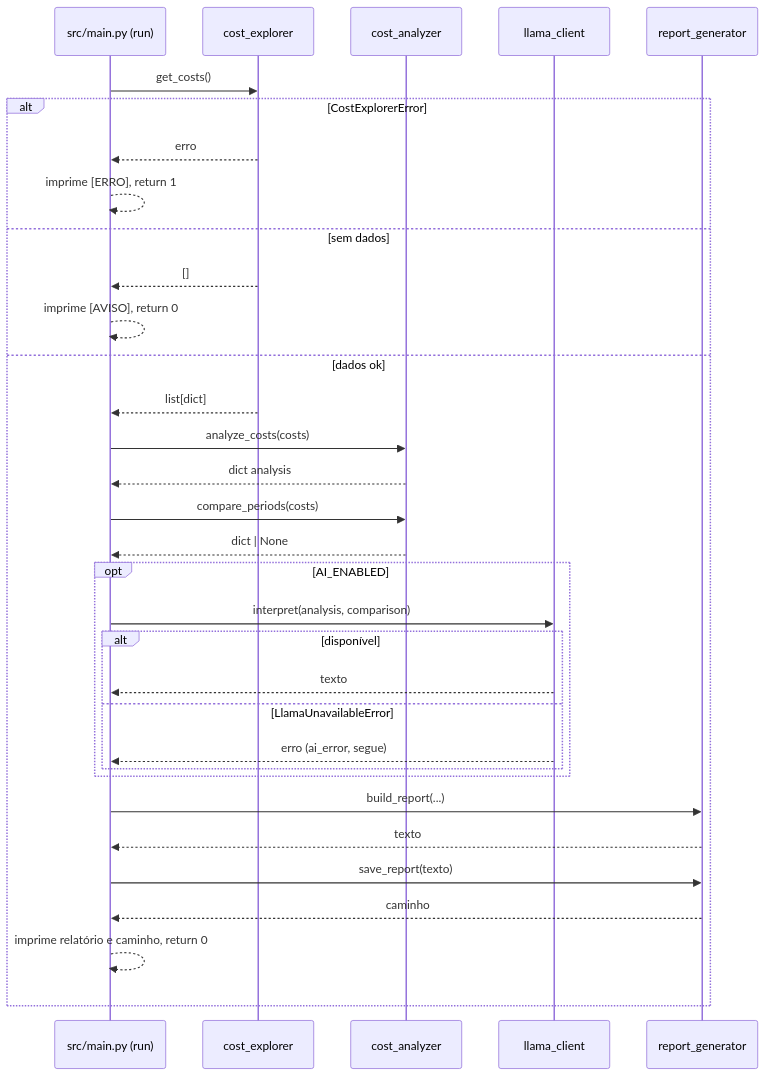
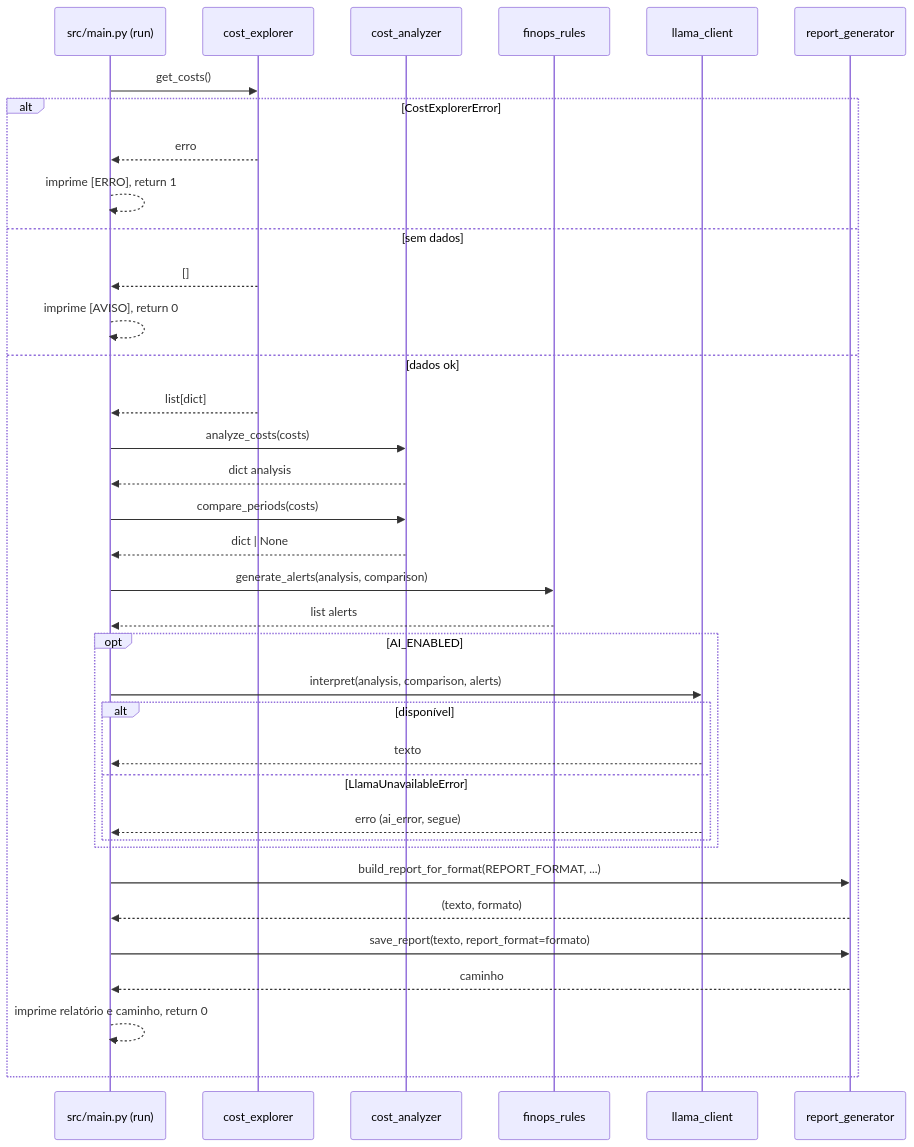
The diagram in docs/development.md (AirtonNettu/aws-cost-monitor), drawn with Mermaid before and after one commit. The commit also changed other lines of this file and 10 other files, not shown here.

First line of the commit message:
docs: document FinOps rules and report formats

````diff
--- a/docs/development.md
+++ b/docs/development.md
@@ -50,36 +59,39 @@
 ```mermaid
 sequenceDiagram
     participant M as src/main.py (run)
     participant CE as cost_explorer
     participant AN as cost_analyzer
+    participant FR as finops_rules
     participant AI as llama_client
     participant RG as report_generator
 
     M->>CE: get_costs()
     alt CostExplorerError
         CE-->>M: erro
         M-->>M: imprime [ERRO], return 1
     else sem dados
         CE-->>M: []
         M-->>M: imprime [AVISO], return 0
     else dados ok
         CE-->>M: list[dict]
         M->>AN: analyze_costs(costs)
         AN-->>M: dict analysis
         M->>AN: compare_periods(costs)
         AN-->>M: dict | None
+        M->>FR: generate_alerts(analysis, comparison)
+        FR-->>M: list alerts
         opt AI_ENABLED
-            M->>AI: interpret(analysis, comparison)
+            M->>AI: interpret(analysis, comparison, alerts)
             alt disponível
                 AI-->>M: texto
             else LlamaUnavailableError
                 AI-->>M: erro (ai_error, segue)
             end
         end
-        M->>RG: build_report(...)
-        RG-->>M: texto
-        M->>RG: save_report(texto)
+        M->>RG: build_report_for_format(REPORT_FORMAT, ...)
+        RG-->>M: (texto, formato)
+        M->>RG: save_report(texto, report_format=formato)
         RG-->>M: caminho
         M-->>M: imprime relatório e caminho, return 0
     end
 ```
````
